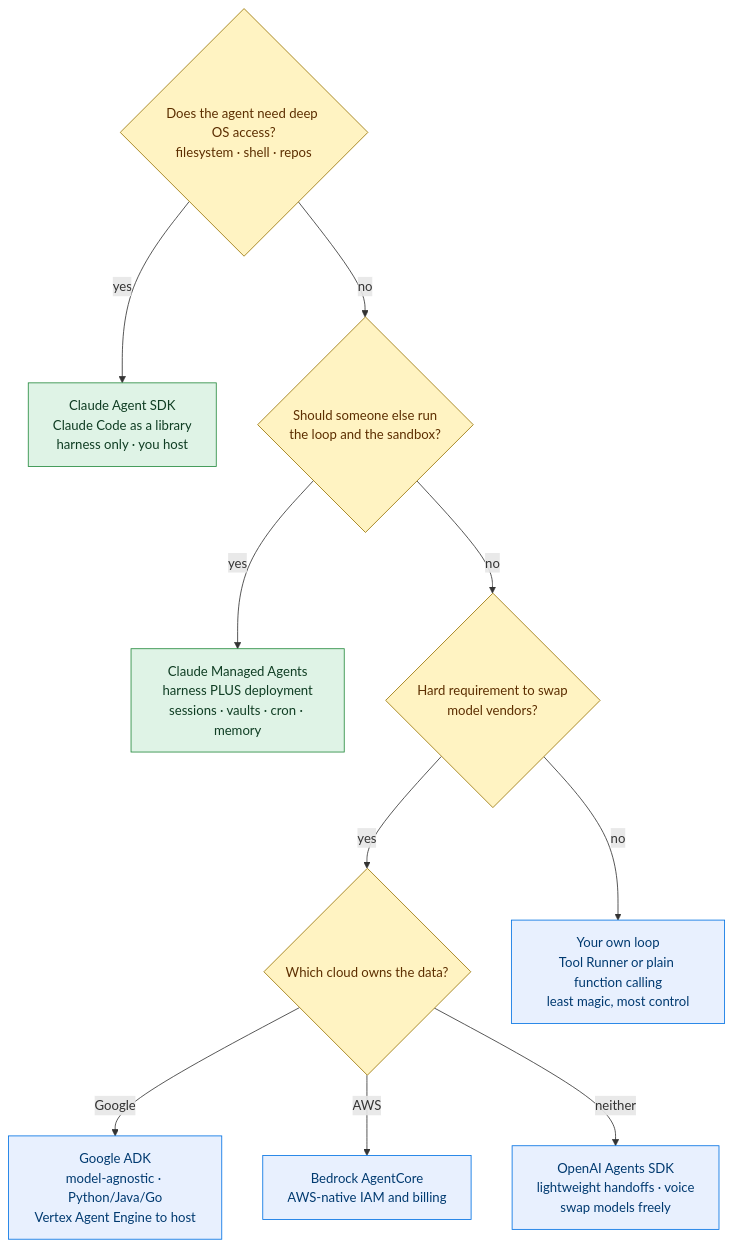
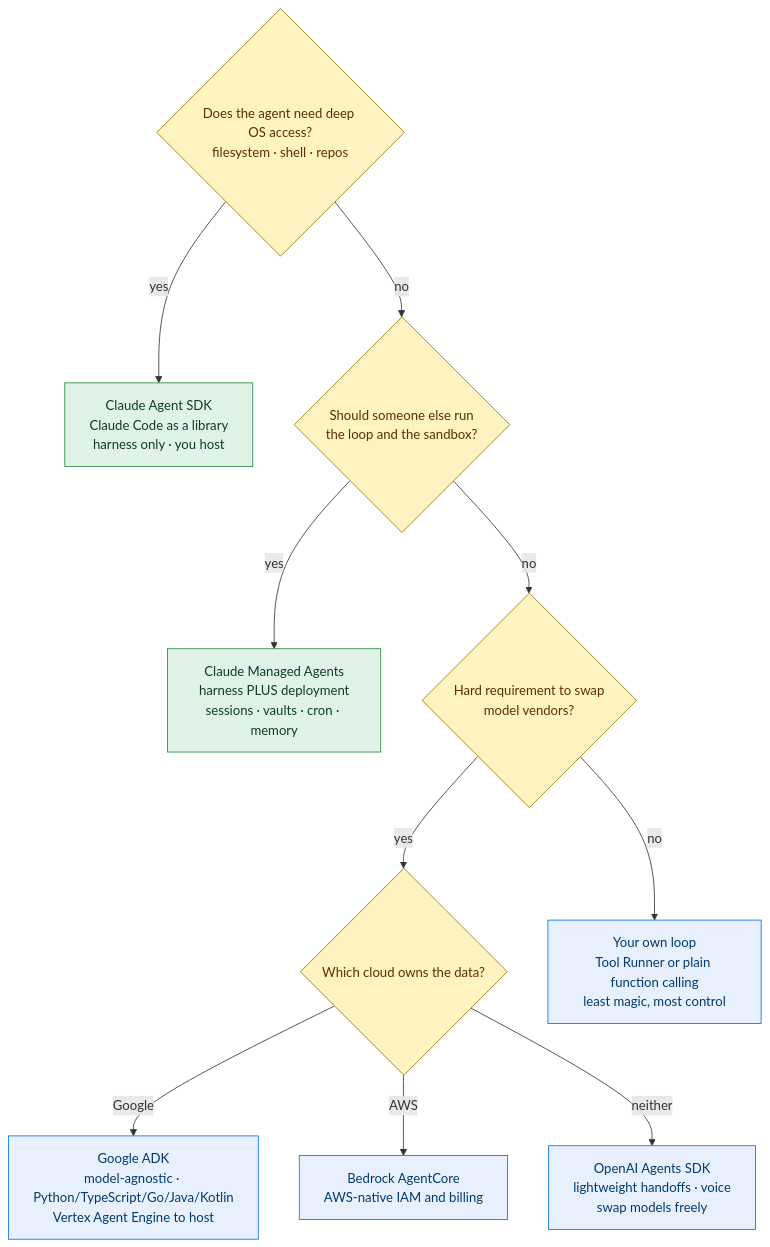
One commit to mlvpatel/open-weight-agent-stack changed the diagram in diagrams/src/platform-sdk.mmd. Above: the diagram before and after it, drawn with Mermaid.

Commit message:
fix(diagrams): complete F-02 SDK synchronization

```diff
--- a/diagrams/src/platform-sdk.mmd
+++ b/diagrams/src/platform-sdk.mmd
@@ -1,21 +1,21 @@
 flowchart TB
     Q1{"Does the agent need deep OS access?<br/>filesystem · shell · repos"}
     Q1 -->|yes| CASDK["Claude Agent SDK<br/>Claude Code as a library<br/>harness only · you host"]
     Q1 -->|no| Q2{"Should someone else run<br/>the loop and the sandbox?"}
 
     Q2 -->|yes| CMA["Claude Managed Agents<br/>harness PLUS deployment<br/>sessions · vaults · cron · memory"]
     Q2 -->|no| Q3{"Hard requirement to swap<br/>model vendors?"}
 
     Q3 -->|yes| Q4{"Which cloud owns the data?"}
     Q3 -->|no| OWN["Your own loop<br/>Tool Runner or plain function calling<br/>least magic, most control"]
 
-    Q4 -->|Google| ADK["Google ADK<br/>model-agnostic · Python/Java/Go<br/>Vertex Agent Engine to host"]
+    Q4 -->|Google| ADK["Google ADK<br/>model-agnostic · Python/TypeScript/Go/Java/Kotlin<br/>Vertex Agent Engine to host"]
     Q4 -->|AWS| BR["Bedrock AgentCore<br/>AWS-native IAM and billing"]
     Q4 -->|neither| OAI["OpenAI Agents SDK<br/>lightweight handoffs · voice<br/>swap models freely"]
 
     classDef q fill:#fff3c2,stroke:#997404,color:#5c2e00
     classDef pick fill:#dff3e6,stroke:#248a3d,color:#0f3d23
     classDef alt fill:#e8f0fe,stroke:#0071e3,color:#003a70
     class Q1,Q2,Q3,Q4 q
     class CASDK,CMA pick
     class ADK,BR,OAI,OWN alt
```
